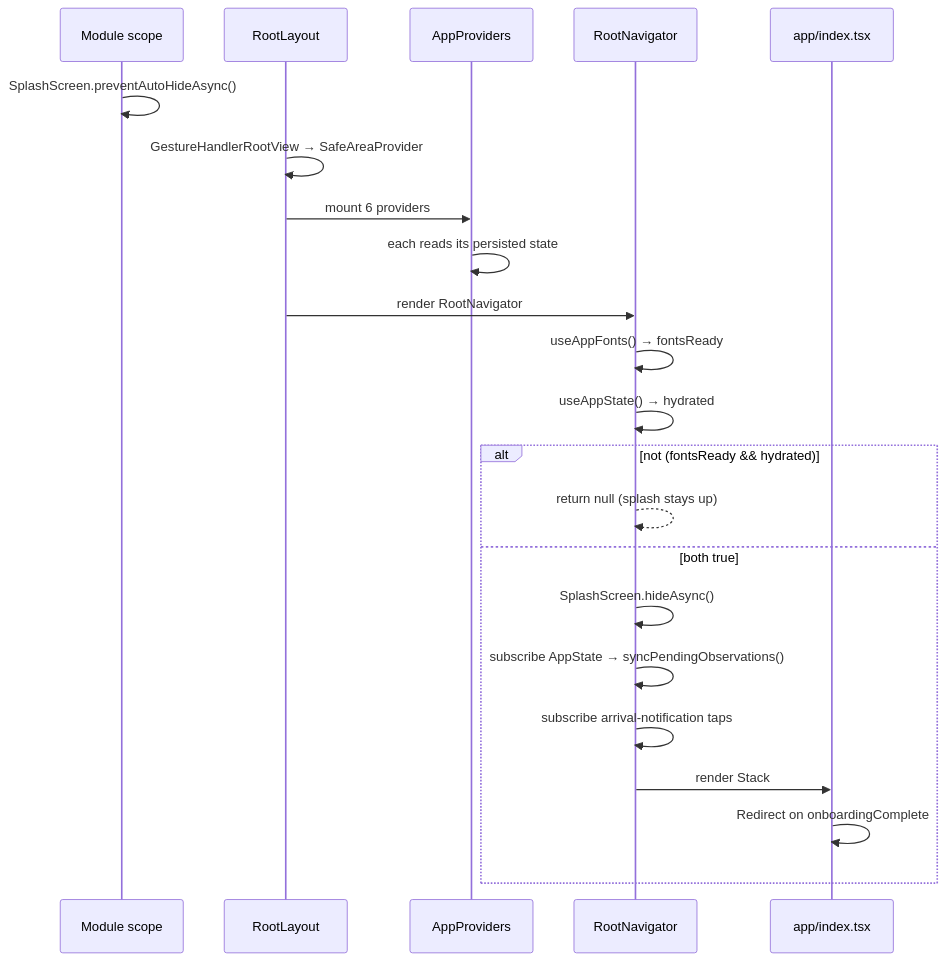
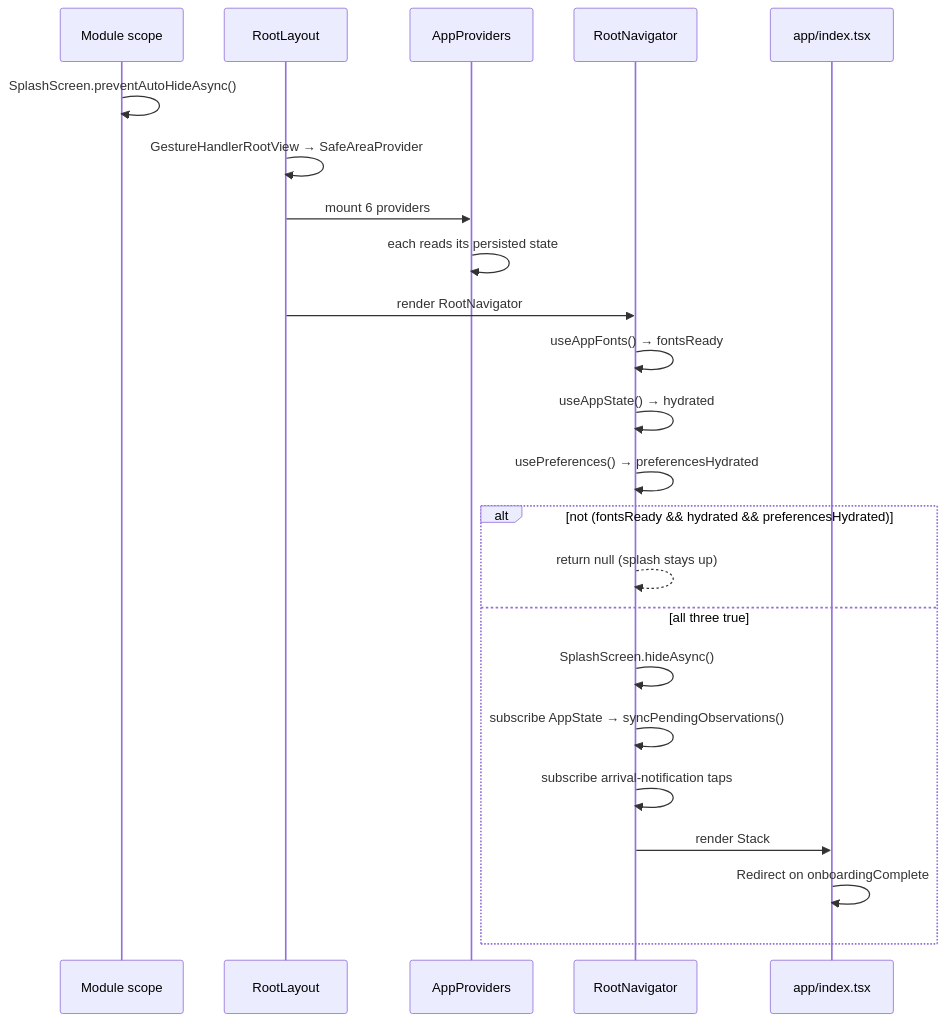
Before and after one commit to LumbiniX-Committee/Everest: the second of 5 diagrams in docs/ai-context/ARCHITECTURE.md, drawn with Mermaid. The commit also changed other lines of this file and 84 other files, not shown here.

````diff
--- a/docs/ai-context/ARCHITECTURE.md
+++ b/docs/ai-context/ARCHITECTURE.md
@@ -63,25 +69,26 @@
 ```mermaid
 sequenceDiagram
     participant M as Module scope
     participant R as RootLayout
     participant P as AppProviders
     participant N as RootNavigator
     participant I as app/index.tsx
 
     M->>M: SplashScreen.preventAutoHideAsync()
     R->>R: GestureHandlerRootView → SafeAreaProvider
     R->>P: mount 6 providers
     P->>P: each reads its persisted state
     R->>N: render RootNavigator
     N->>N: useAppFonts() → fontsReady
     N->>N: useAppState() → hydrated
-    alt not (fontsReady && hydrated)
+    N->>N: usePreferences() → preferencesHydrated
+    alt not (fontsReady && hydrated && preferencesHydrated)
         N-->>N: return null (splash stays up)
-    else both true
+    else all three true
         N->>N: SplashScreen.hideAsync()
         N->>N: subscribe AppState → syncPendingObservations()
         N->>N: subscribe arrival-notification taps
         N->>I: render Stack
         I->>I: Redirect on onboardingComplete
     end
 ```
````
